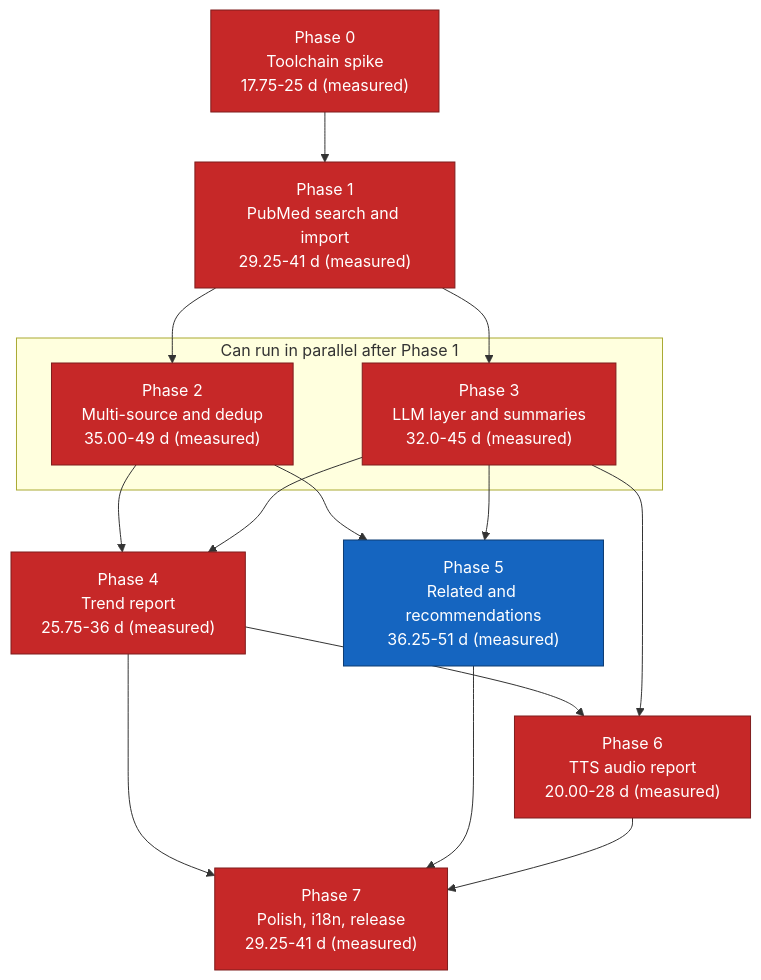
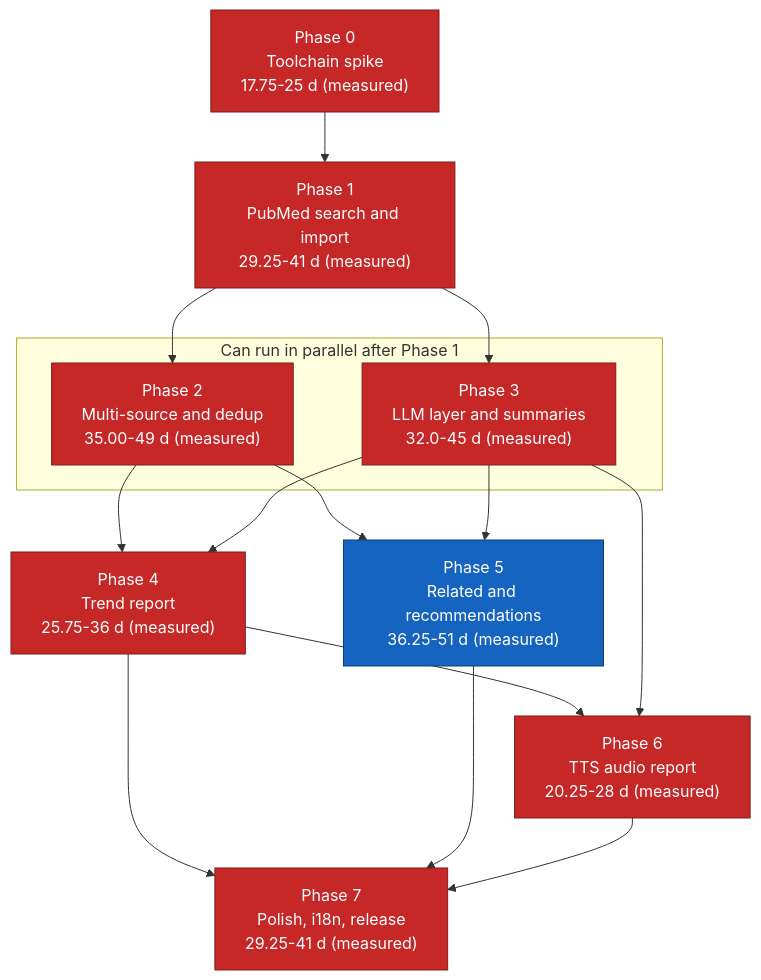
Before and after one commit to suppakoko/research_helper: the diagram in docs/11-implementation-roadmap.md, drawn with Mermaid. The commit also changed other lines of this file and 36 other files, not shown here.

First line of the commit message:
Phase 6 batch 4: item 384 decided; docs/07 §4.5 figures restored; P6-T16 pipeline wiring, P6-T17 report window and menu, P6-T18 offline end to end

````diff
--- a/docs/11-implementation-roadmap.md
+++ b/docs/11-implementation-roadmap.md
@@ -327,34 +327,34 @@
 ```mermaid
 graph TD
     P0["Phase 0<br/>Toolchain spike<br/>17.75-25 d (measured)"]
     P1["Phase 1<br/>PubMed search and import<br/>29.25-41 d (measured)"]
     P2["Phase 2<br/>Multi-source and dedup<br/>35.00-49 d (measured)"]
     P3["Phase 3<br/>LLM layer and summaries<br/>32.0-45 d (measured)"]
     P4["Phase 4<br/>Trend report<br/>25.75-36 d (measured)"]
     P5["Phase 5<br/>Related and recommendations<br/>36.25-51 d (measured)"]
-    P6["Phase 6<br/>TTS audio report<br/>20.00-28 d (measured)"]
+    P6["Phase 6<br/>TTS audio report<br/>20.25-28 d (measured)"]
     P7["Phase 7<br/>Polish, i18n, release<br/>29.25-41 d (measured)"]
 
     P0 --> P1
     P1 --> P2
     P1 --> P3
     P2 --> P4
     P3 --> P4
     P2 --> P5
     P3 --> P5
     P4 --> P6
     P3 --> P6
     P4 --> P7
     P5 --> P7
     P6 --> P7
 
     subgraph parallel["Can run in parallel after Phase 1"]
         P2
         P3
     end
 
     classDef critical fill:#c62828,stroke:#7f1d1d,color:#ffffff
     classDef normal fill:#1565c0,stroke:#0d3c73,color:#ffffff
     class P0,P1,P2,P3,P4,P6,P7 critical
     class P5 normal
 ```
````
